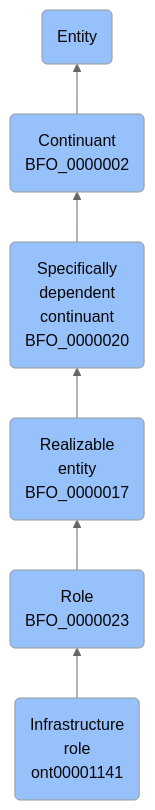
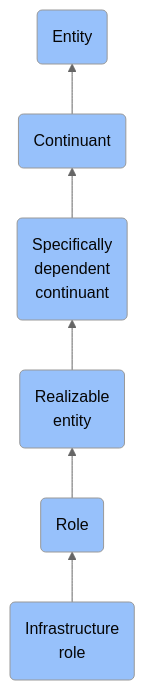
One commit to jupyter-naas/abi changed the diagram in docs/ontology/reference/model/Entity/Continuant/Specifically dependent continuant/Realizable entity/Role/Infrastructure role/Infrastructure role.md. Above: the diagram before and after it, drawn with Mermaid (neutral theme). The commit also changed other lines of this file and 1430 other files, not shown here.

````diff
--- a/docs/ontology/reference/model/Entity/Continuant/Specifically dependent continuant/Realizable entity/Role/Infrastructure role/Infrastructure role.md
+++ b/docs/ontology/reference/model/Entity/Continuant/Specifically dependent continuant/Realizable entity/Role/Infrastructure role/Infrastructure role.md
@@ -24,13 +24,13 @@
 ```mermaid
 graph BT
-    ont00001141(Infrastructure<br>role<br>ont00001141):::BFO-->BFO_0000023
-    BFO_0000023(Role<br>BFO_0000023):::BFO-->BFO_0000017
-    BFO_0000017(Realizable<br>entity<br>BFO_0000017):::BFO-->BFO_0000020
-    BFO_0000020(Specifically<br>dependent<br>continuant<br>BFO_0000020):::BFO-->BFO_0000002
-    BFO_0000002(Continuant<br>BFO_0000002):::BFO-->BFO_0000001
+    ont00001141(Infrastructure<br>role):::BFO-->BFO_0000023
+    BFO_0000023(Role):::BFO-->BFO_0000017
+    BFO_0000017(Realizable<br>entity):::BFO-->BFO_0000020
+    BFO_0000020(Specifically<br>dependent<br>continuant):::BFO-->BFO_0000002
+    BFO_0000002(Continuant):::BFO-->BFO_0000001
     BFO_0000001(Entity):::BFO
     
     classDef BFO fill:#97c1fb,color:#060606
     classDef CCO fill:#e4c51e,color:#060606
     classDef ABI fill:#48DD82,color:#060606
 ```
````
